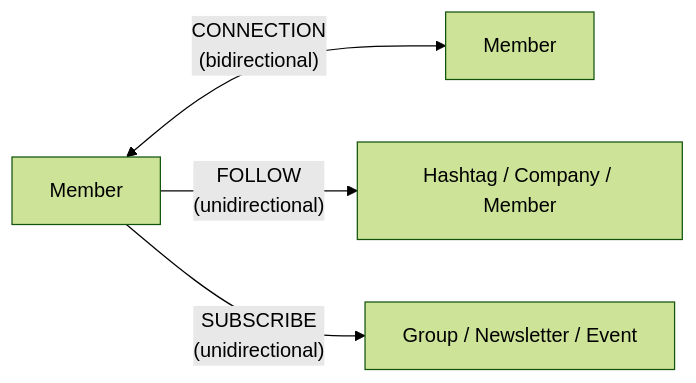
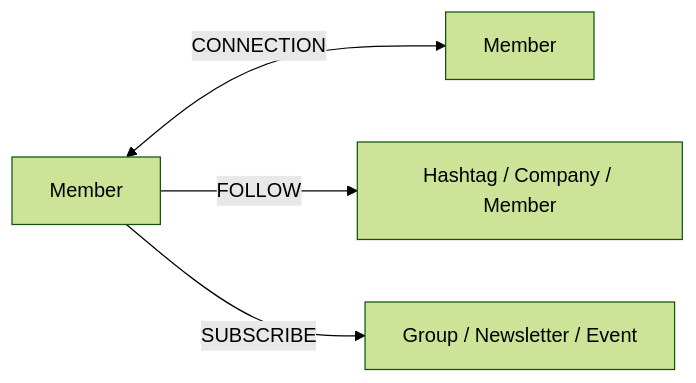
Before and after one commit to romancobblepot/AI-system-design-primer: the second of 6 diagrams in case-studies/pymk-friend-recommendation/README.md, drawn with Mermaid (forest theme). The commit also changed other lines of this file and 49 other files, not shown here.

````diff
--- a/case-studies/pymk-friend-recommendation/README.md
+++ b/case-studies/pymk-friend-recommendation/README.md
@@ -102,6 +138,6 @@
 ```mermaid
 flowchart LR
-    M1["Member"] <-->|"CONNECTION\n(bidirectional)"| M2["Member"]
-    M1 -->|"FOLLOW\n(unidirectional)"| F["Hashtag / Company / Member"]
-    M1 -->|"SUBSCRIBE\n(unidirectional)"| S["Group / Newsletter / Event"]
+    M1["Member"] <-->|"CONNECTION"| M2["Member"]
+    M1 -->|"FOLLOW"| F["Hashtag / Company / Member"]
+    M1 -->|"SUBSCRIBE"| S["Group / Newsletter / Event"]
 ```
````
